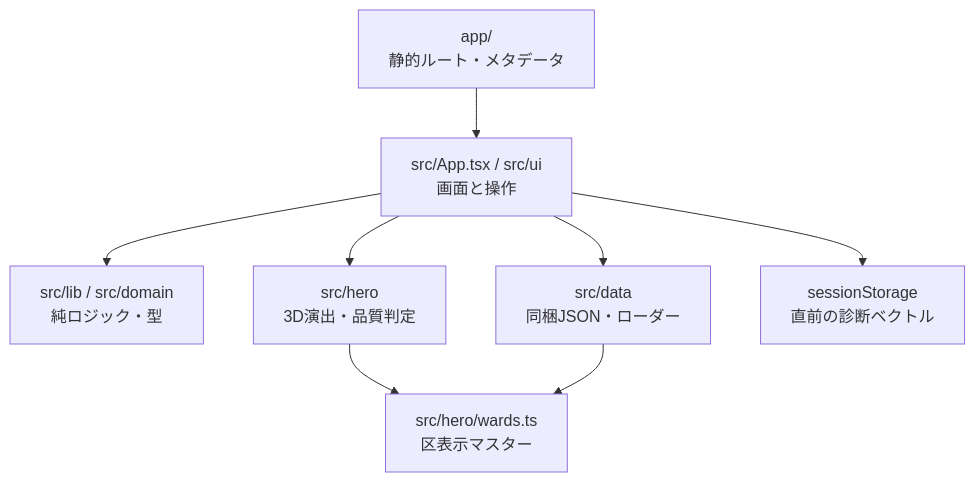
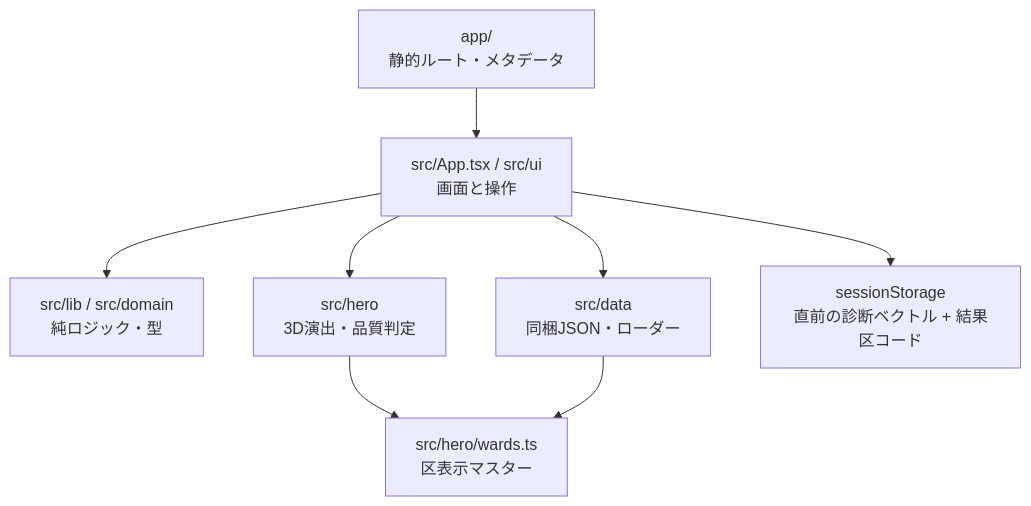
Before and after one commit to FukaseDaichi/TokyoOpenDataHackathon: the second of 2 diagrams in docs/system-design/01-system-overview.md, drawn with Mermaid. The commit also changed other lines of this file and 22 other files, not shown here.

First line of the commit message:
feat: Implement diagnosis assignment generation and enhance session storage

````diff
--- a/docs/system-design/01-system-overview.md
+++ b/docs/system-design/01-system-overview.md
@@ -41,10 +41,10 @@
 ```mermaid
 flowchart TD
   Routes["app/\n静的ルート・メタデータ"] --> AppUI["src/App.tsx / src/ui\n画面と操作"]
   AppUI --> Domain["src/lib / src/domain\n純ロジック・型"]
   AppUI --> Hero["src/hero\n3D演出・品質判定"]
   AppUI --> Data["src/data\n同梱JSON・ローダー"]
   Hero --> WardMaster["src/hero/wards.ts\n区表示マスター"]
   Data --> WardMaster
-  AppUI --> Session["sessionStorage\n直前の診断ベクトル"]
+  AppUI --> Session["sessionStorage\n直前の診断ベクトル + 結果区コード"]
 ```
````
